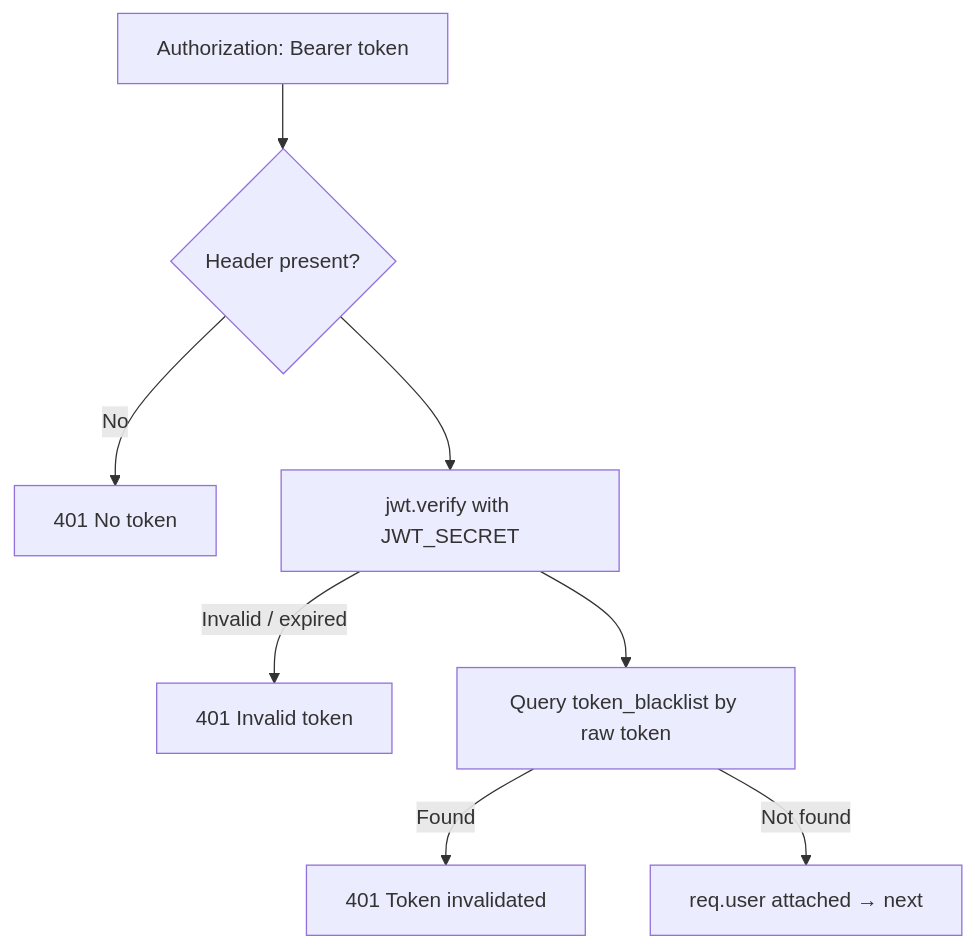
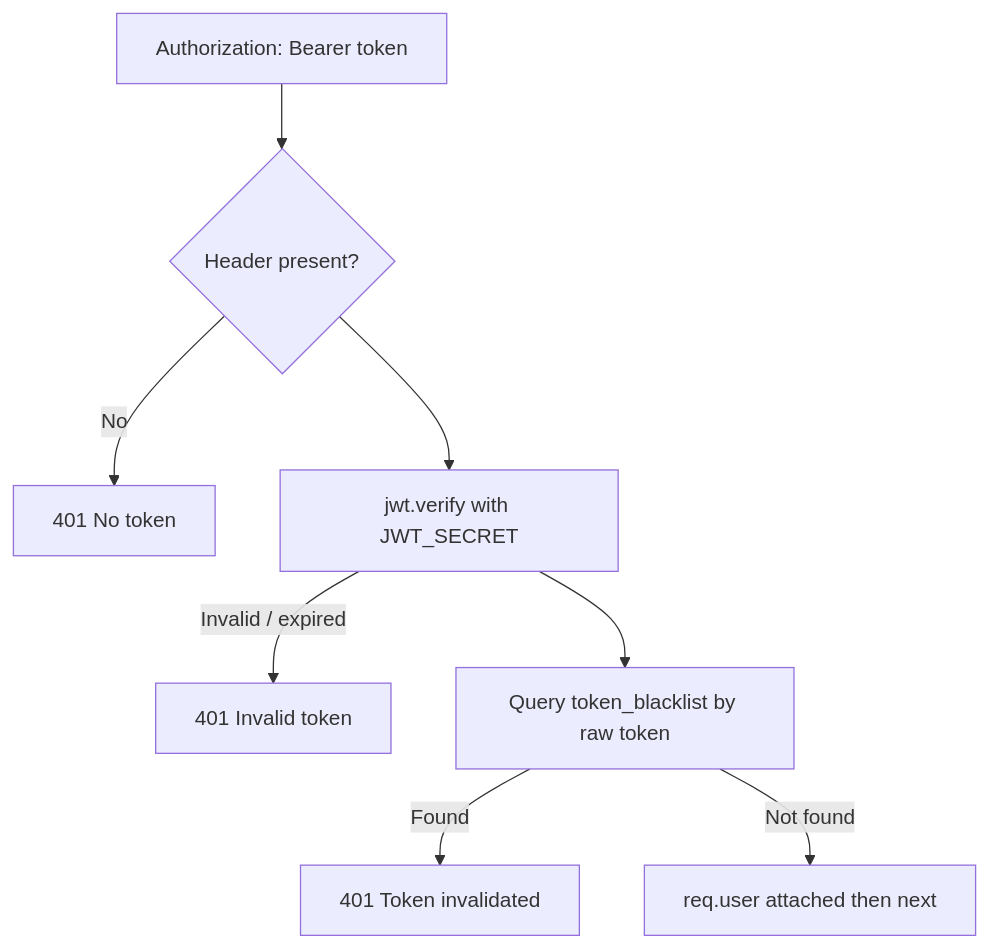
The fourth of 7 diagrams in Architecture.md (Anaboy01/Demo-Credit), drawn with Mermaid before and after one commit. The commit also changed other lines of this file, not shown here.

First line of the commit message:
fix(docs): repair Auth flow and ER Mermaid diagrams for GitHub

````diff
--- a/Architecture.md
+++ b/Architecture.md
@@ -192,10 +192,10 @@
 ```mermaid
 flowchart TD
     A[Authorization: Bearer token] --> B{Header present?}
     B -->|No| E401a[401 No token]
     B --> C[jwt.verify with JWT_SECRET]
     C -->|Invalid / expired| E401b[401 Invalid token]
     C --> D[Query token_blacklist by raw token]
     D -->|Found| E401c[401 Token invalidated]
-    D -->|Not found| OK[req.user attached → next]
+    D -->|Not found| OK["req.user attached then next"]
 ```
````
